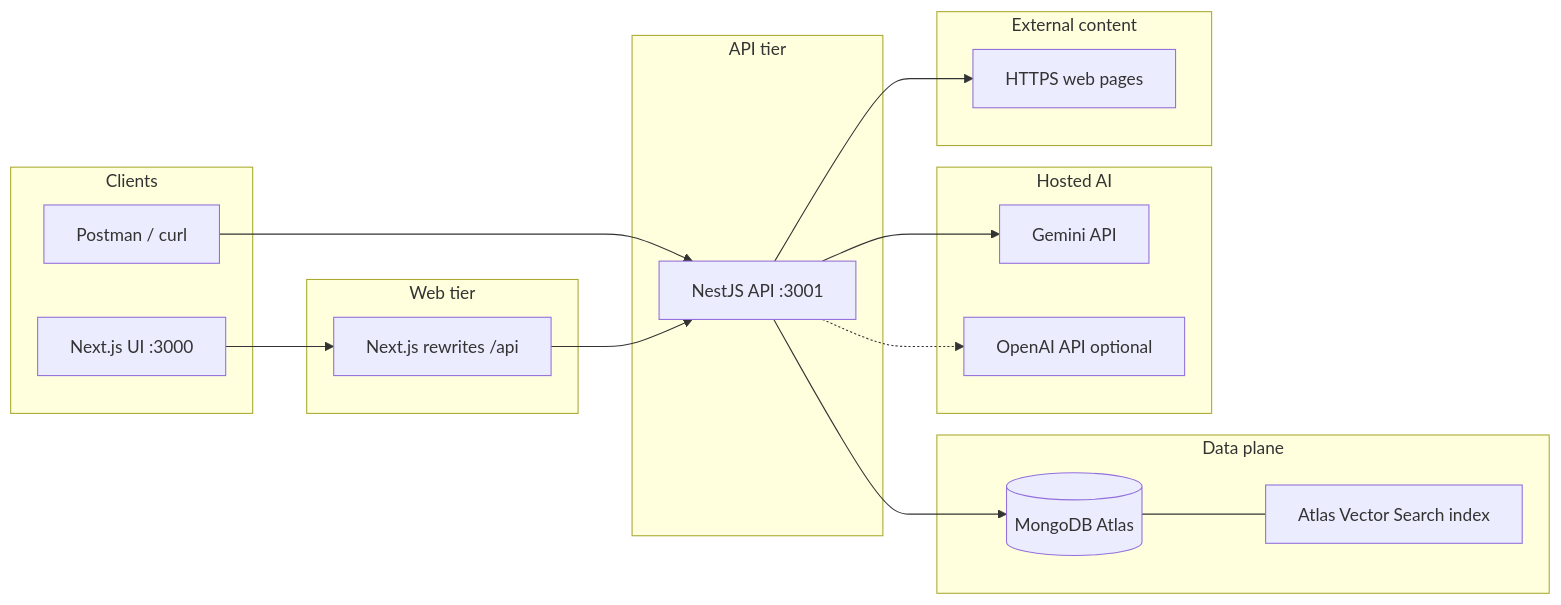
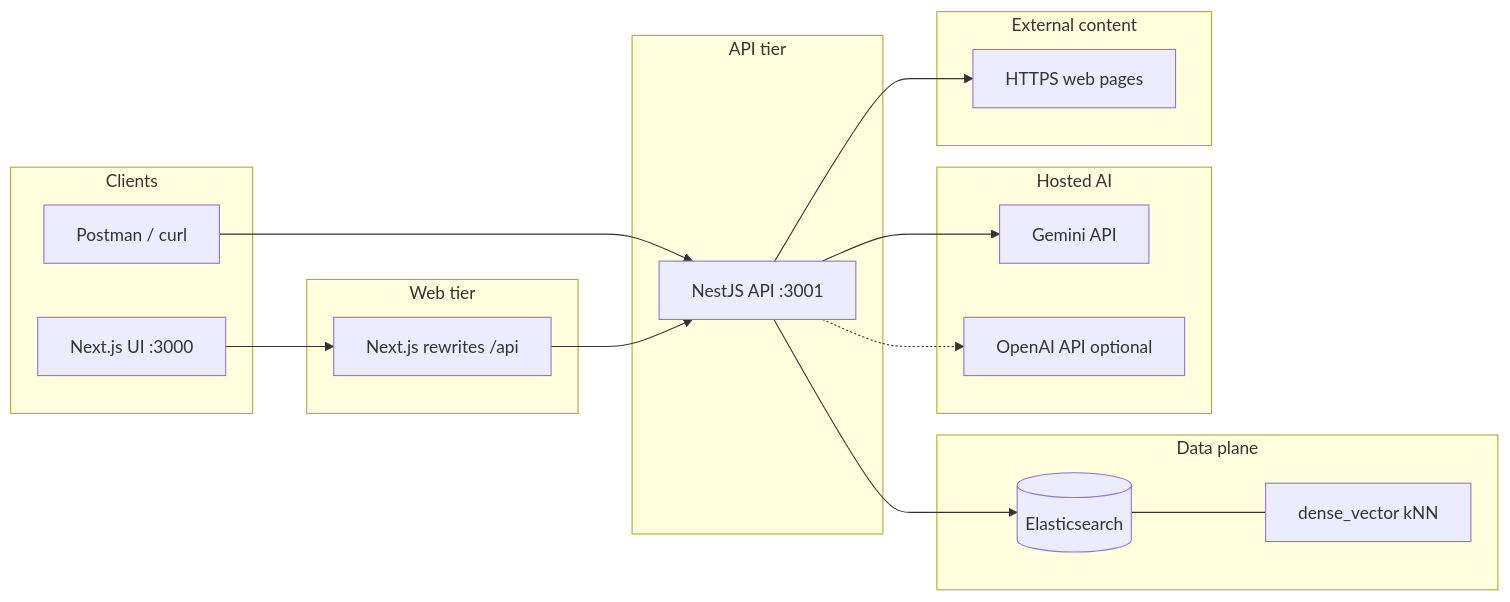
Before and after one commit to 12dkaskar/rag-scrapper-solution: the first of 8 diagrams in docs/implementation-guide.md, drawn with Mermaid. The commit also changed other lines of this file and 30 other files, not shown here.

Commit message:
elasticsearch and kibana integration replacing mongo atlas

````diff
--- a/docs/implementation-guide.md
+++ b/docs/implementation-guide.md
@@ -17,38 +17,38 @@
 ```mermaid
 flowchart LR
     subgraph clients [Clients]
         Browser[Next.js UI :3000]
         Postman[Postman / curl]
     end
 
     subgraph web [Web tier]
         Next[Next.js rewrites /api]
     end
 
     subgraph rag_api [API tier]
         API[NestJS API :3001]
     end
 
     subgraph data [Data plane]
-        Atlas[(MongoDB Atlas)]
-        VS[Atlas Vector Search index]
-        Atlas --- VS
+        ES[(Elasticsearch)]
+        VS[dense_vector kNN]
+        ES --- VS
     end
 
     subgraph ai [Hosted AI]
         Gemini[Gemini API]
         OpenAI[OpenAI API optional]
     end
 
     subgraph external [External content]
         WebPages[HTTPS web pages]
     end
 
     Postman --> API
     Browser --> Next
     Next --> API
-    API --> Atlas
+    API --> ES
     API --> Gemini
     API -.-> OpenAI
     API --> WebPages
 ```
````
